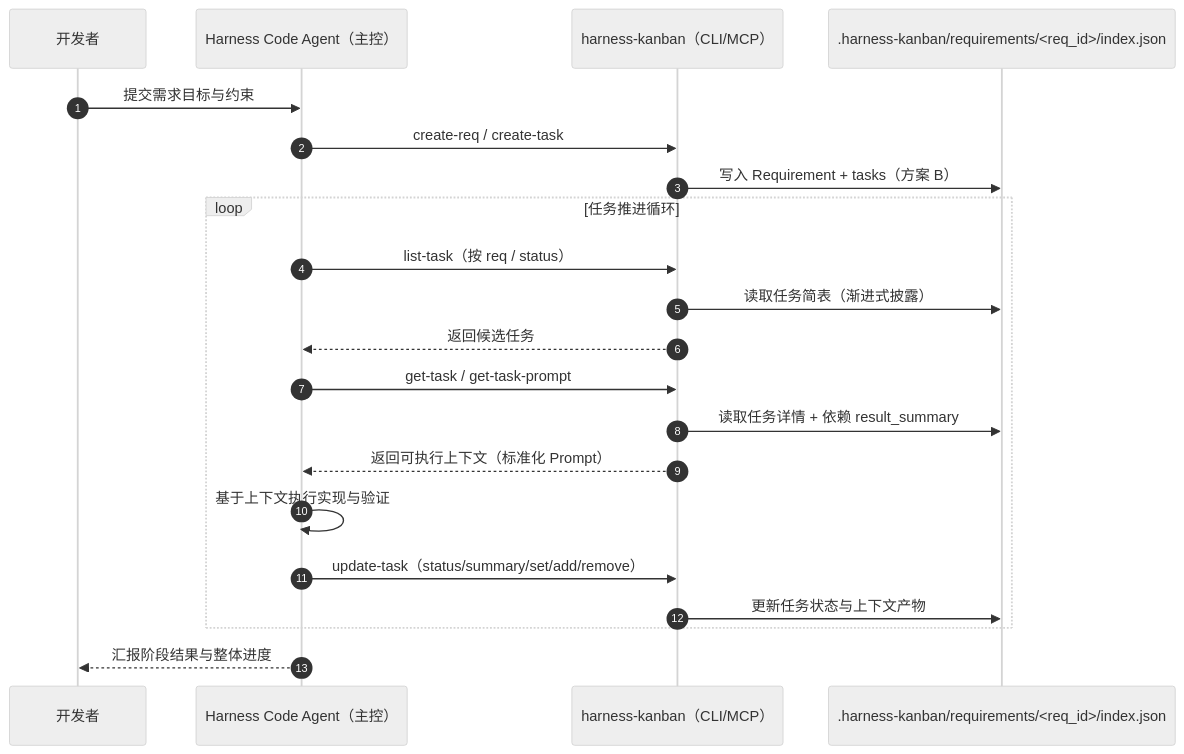
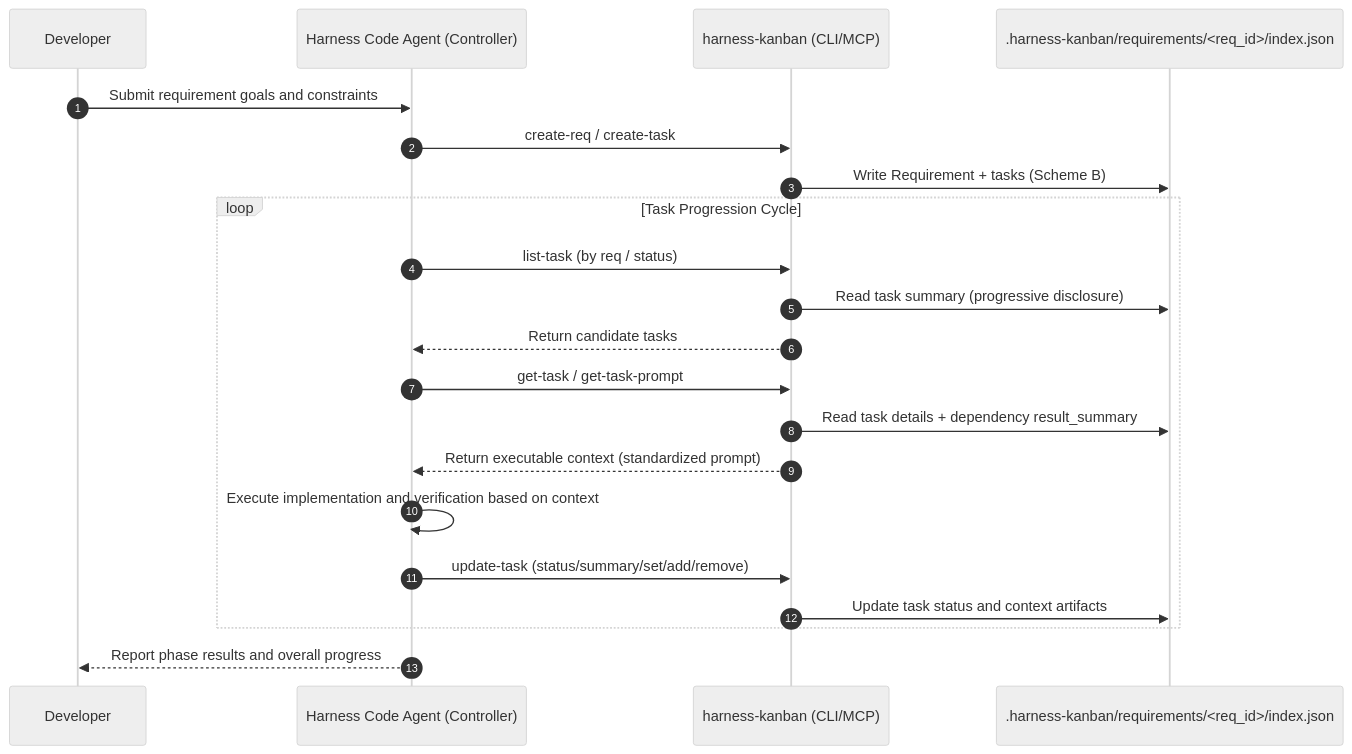
Before and after one commit to Yrobot/harness-kanban: the diagram in README.md, drawn with Mermaid (neutral theme). The commit also changed other lines of this file and 5 other files, not shown here.

````diff
--- a/README.md
+++ b/README.md
@@ -28,30 +16,30 @@
 ```mermaid
 sequenceDiagram
     autonumber
-    participant Human as 开发者
-    participant Agent as Harness Code Agent（主控）
-    participant Kanban as harness-kanban（CLI/MCP）
+    participant Human as Developer
+    participant Agent as Harness Code Agent (Controller)
+    participant Kanban as harness-kanban (CLI/MCP)
     participant Store as .harness-kanban/requirements/<req_id>/index.json
 
-    Human->>Agent: 提交需求目标与约束
+    Human->>Agent: Submit requirement goals and constraints
 
     Agent->>Kanban: create-req / create-task
-    Kanban->>Store: 写入 Requirement + tasks（方案 B）
+    Kanban->>Store: Write Requirement + tasks (Scheme B)
 
-    loop 任务推进循环
-        Agent->>Kanban: list-task（按 req / status）
-        Kanban->>Store: 读取任务简表（渐进式披露）
-        Kanban-->>Agent: 返回候选任务
+    loop Task Progression Cycle
+        Agent->>Kanban: list-task (by req / status)
+        Kanban->>Store: Read task summary (progressive disclosure)
+        Kanban-->>Agent: Return candidate tasks
 
         Agent->>Kanban: get-task / get-task-prompt
-        Kanban->>Store: 读取任务详情 + 依赖 result_summary
-        Kanban-->>Agent: 返回可执行上下文（标准化 Prompt）
+        Kanban->>Store: Read task details + dependency result_summary
+        Kanban-->>Agent: Return executable context (standardized prompt)
 
-        Agent->>Agent: 基于上下文执行实现与验证
+        Agent->>Agent: Execute implementation and verification based on context
 
-        Agent->>Kanban: update-task（status/summary/set/add/remove）
-        Kanban->>Store: 更新任务状态与上下文产物
+        Agent->>Kanban: update-task (status/summary/set/add/remove)
+        Kanban->>Store: Update task status and context artifacts
     end
 
-    Agent-->>Human: 汇报阶段结果与整体进度
+    Agent-->>Human: Report phase results and overall progress
 ```
````
